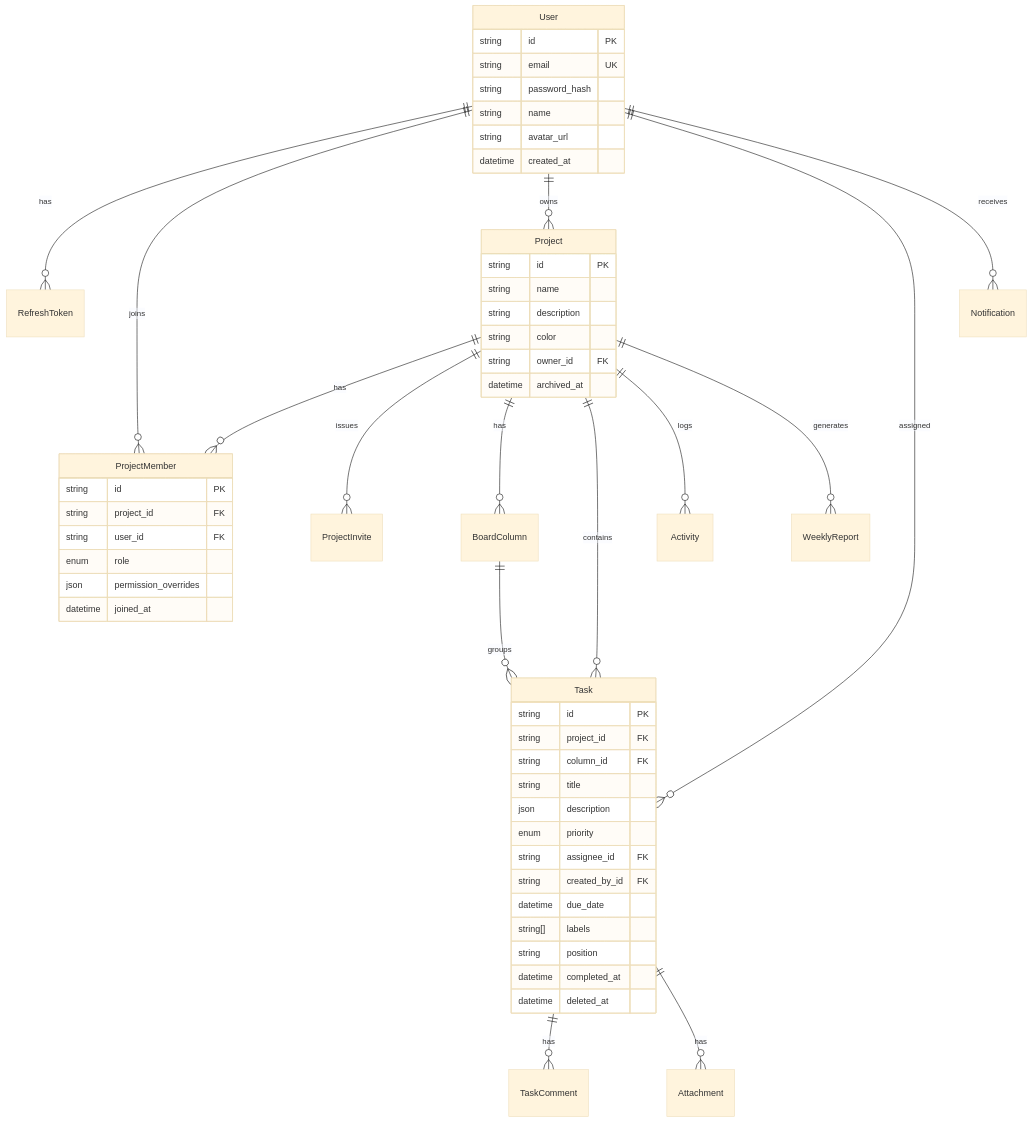
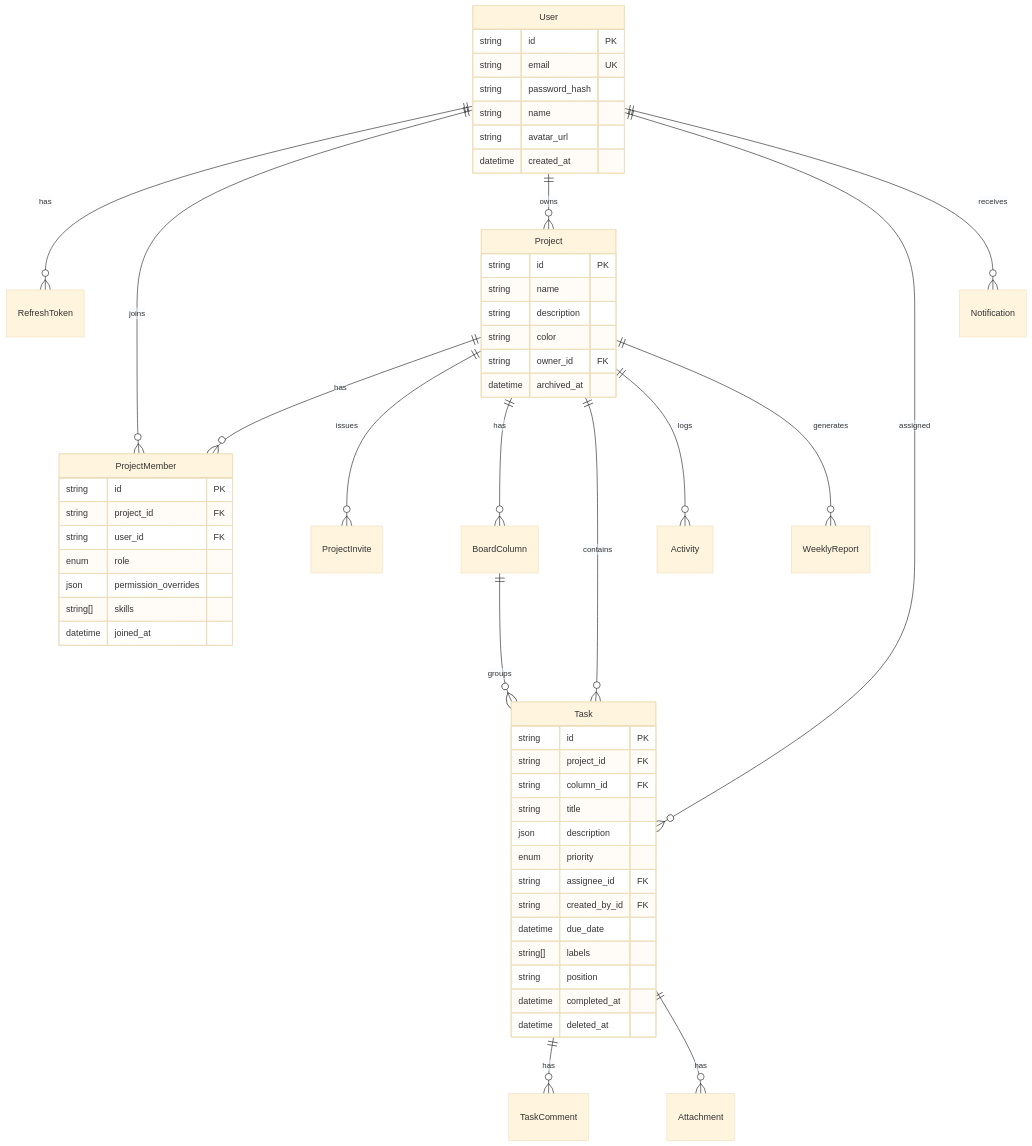
The diagram in docs/DATA_MODEL.md (Y1X1n/TeamFlow), drawn with Mermaid (base theme) before and after one commit. The commit also changed other lines of this file and 64 other files, not shown here.

````diff
--- a/docs/DATA_MODEL.md
+++ b/docs/DATA_MODEL.md
@@ -9,57 +9,58 @@
 ```mermaid
 erDiagram
     User ||--o{ RefreshToken : has
     User ||--o{ ProjectMember : joins
     User ||--o{ Project : owns
     User ||--o{ Task : assigned
     User ||--o{ Notification : receives
     Project ||--o{ ProjectMember : has
     Project ||--o{ ProjectInvite : issues
     Project ||--o{ BoardColumn : has
     Project ||--o{ Task : contains
     Project ||--o{ Activity : logs
     Project ||--o{ WeeklyReport : generates
     BoardColumn ||--o{ Task : groups
     Task ||--o{ TaskComment : has
     Task ||--o{ Attachment : has
 
     User {
       string id PK
       string email UK
       string password_hash
       string name
       string avatar_url
       datetime created_at
     }
     Project {
       string id PK
       string name
       string description
       string color
       string owner_id FK
       datetime archived_at
     }
     ProjectMember {
       string id PK
       string project_id FK
       string user_id FK
       enum role
       json permission_overrides
+      string[] skills
       datetime joined_at
     }
     Task {
       string id PK
       string project_id FK
       string column_id FK
       string title
       json description
       enum priority
       string assignee_id FK
       string created_by_id FK
       datetime due_date
       string[] labels
       string position
       datetime completed_at
       datetime deleted_at
     }
 ```
````
